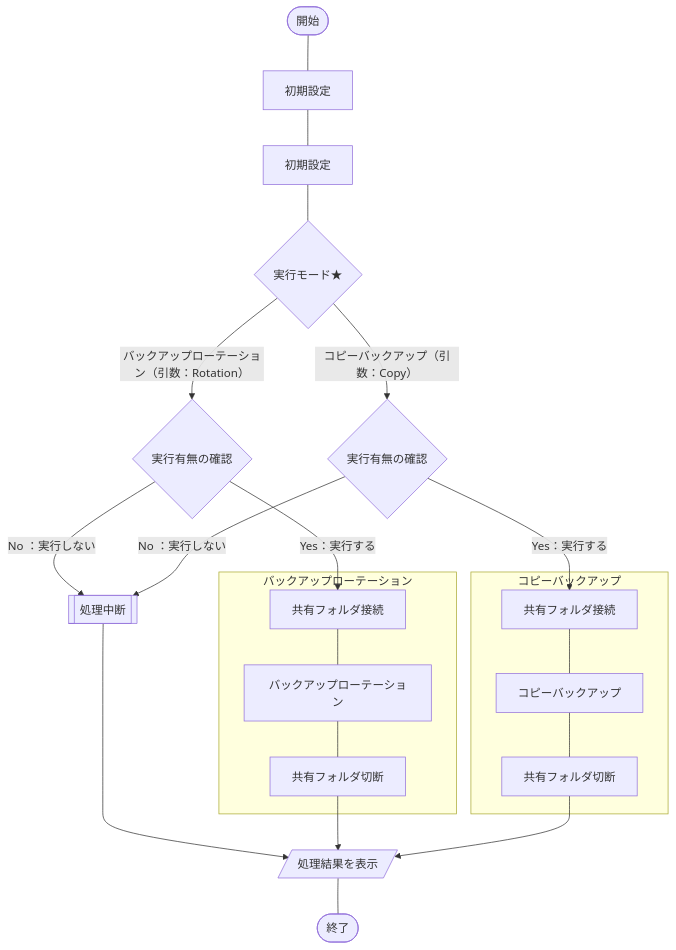
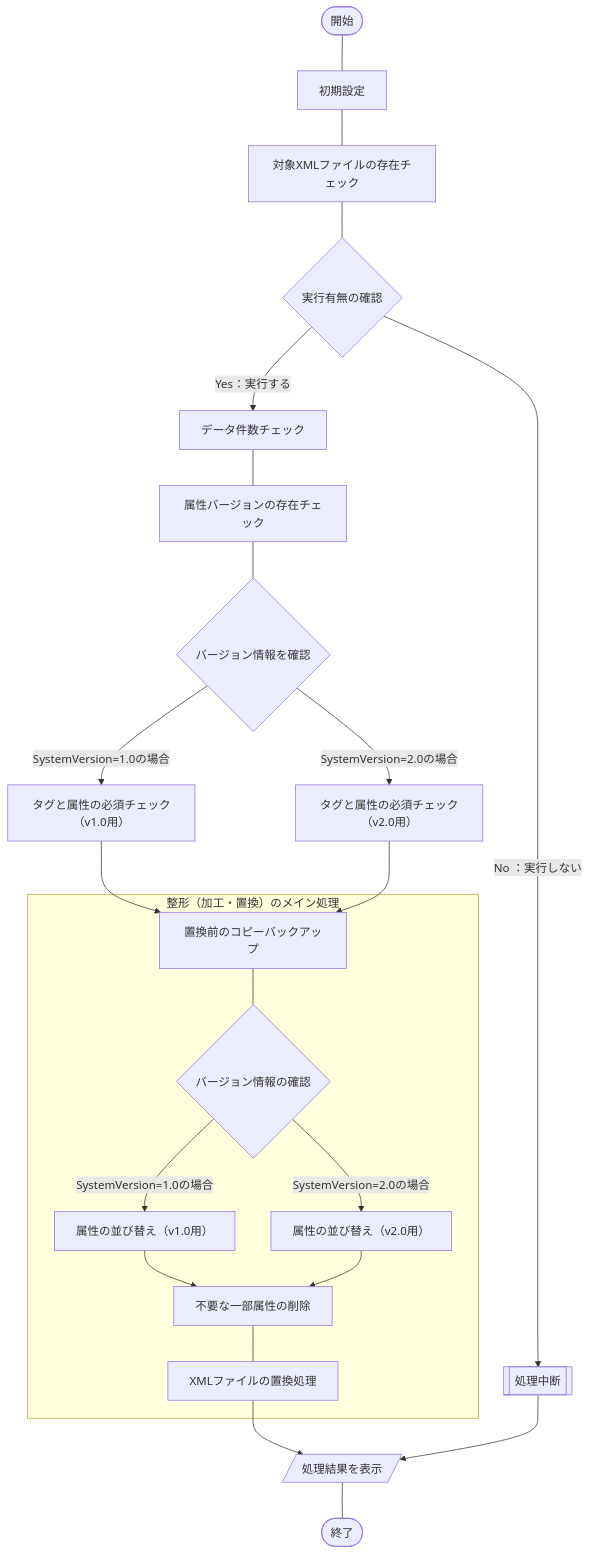
The diagram in articles/a77765dd56f202.md (akiGAMEBOY/haretokidoki_zn), drawn with Mermaid before and after one commit.

````diff
--- a/articles/a77765dd56f202.md
+++ b/articles/a77765dd56f202.md
@@ -35,24 +35,25 @@
 ```mermaid
 flowchart TB
     A(["開始"]) --- B["初期設定"]
-    B --- C["初期設定"]
-    C --- D{"実行モード★"}
-    D --> |"バックアップローテーション（引数：Rotation）"| E{"実行有無の確認"}
-    E --> |"Yes：実行する"| F["共有フォルダ接続"]
-    E --> |"No ：実行しない"| M[["処理中断"]]
-    D --> |"コピーバックアップ（引数：Copy）"| I{"実行有無の確認"}
-    I --> |"Yes：実行する"| J["共有フォルダ接続"]
-    I --> |"No ：実行しない"| M[["処理中断"]]
-    subgraph "バックアップローテーション"
-    F --- G["バックアップローテーション"]
-    G --- H["共有フォルダ切断"]
+    B --- C["対象XMLファイルの存在チェック"]
+    C --- D{"実行有無の確認"}
+    D --> |"Yes：実行する"| E["データ件数チェック"]
+    D --> |"No ：実行しない"| X[["処理中断"]]
+    E --- F["属性バージョンの存在チェック"]
+    F --- G{"バージョン情報を確認"}
+    G --> |"SystemVersion=1.0の場合"| H["タグと属性の必須チェック（v1.0用）"]
+    G --> |"SystemVersion=2.0の場合"| I["タグと属性の必須チェック（v2.0用）"]
+    H --> J["置換前のコピーバックアップ"]
+    I --> J
+    subgraph "整形（加工・置換）のメイン処理"
+    J --- K{"バージョン情報の確認"}
+    K --> |"SystemVersion=1.0の場合"| L["属性の並び替え（v1.0用）"]
+    K --> |"SystemVersion=2.0の場合"| N["属性の並び替え（v2.0用）"]
+    L --> O["不要な一部属性の削除"]
+    N --> O
+    O --- P["XMLファイルの置換処理"]
     end
-    subgraph "コピーバックアップ"
-    J --- K["コピーバックアップ"]
-    K --- L["共有フォルダ切断"]
-    end
-    M -->  O[/"処理結果を表示"/]
-    H -->  O
-    L -->  O
-    O --- P(["終了"])
+    P --> Q[/"処理結果を表示"/]
+    X --> Q
+    Q --- R(["終了"])
 ```
````
